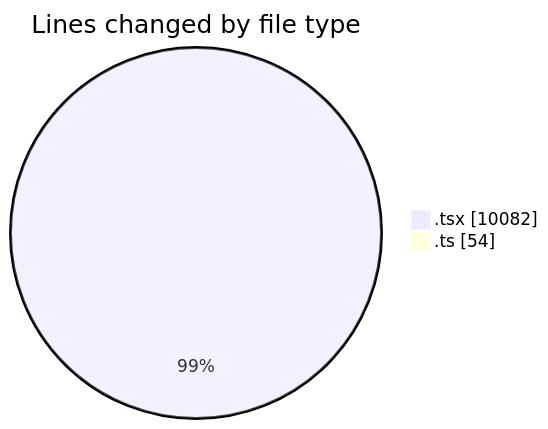
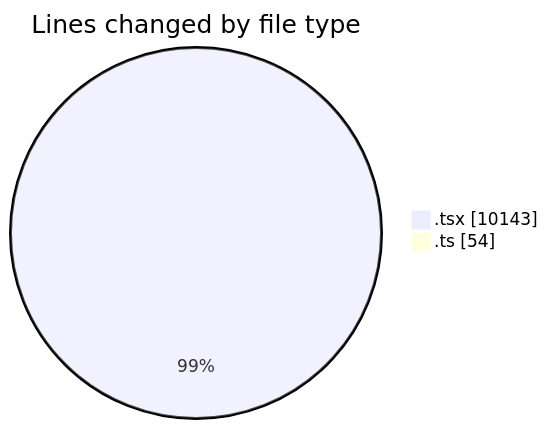
One commit to nxtqubesakshisongat/code-tracking changed the first of 2 diagrams in 2026-03-05/nxtqube_webapp/README.md. Above: the diagram before and after it, drawn with Mermaid. The commit also changed other lines of this file and 1 other file, not shown here.

````diff
--- a/2026-03-05/nxtqube_webapp/README.md
+++ b/2026-03-05/nxtqube_webapp/README.md
@@ -34,6 +34,6 @@
 ```mermaid
 pie showData
 title Lines changed by file type
-".tsx" : 10082
+".tsx" : 10143
 ".ts" : 54
 ```
````
